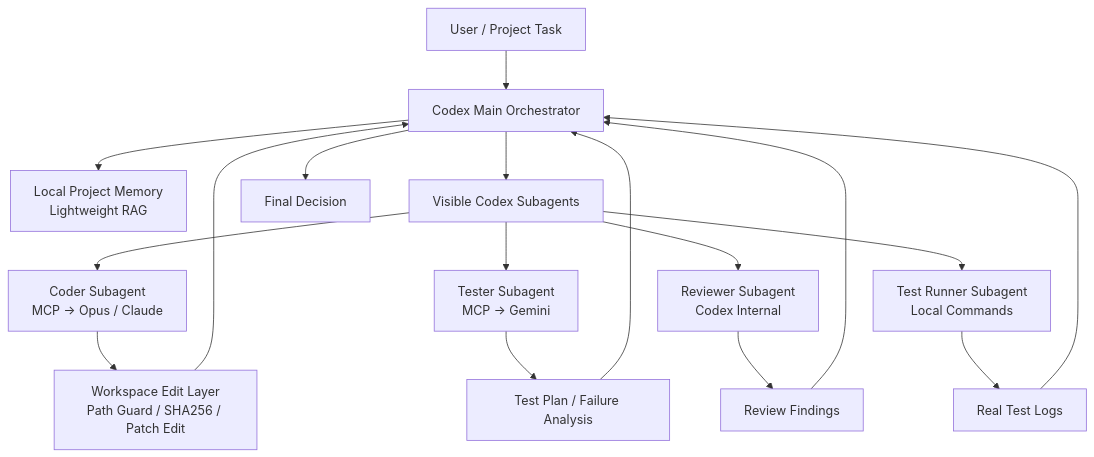
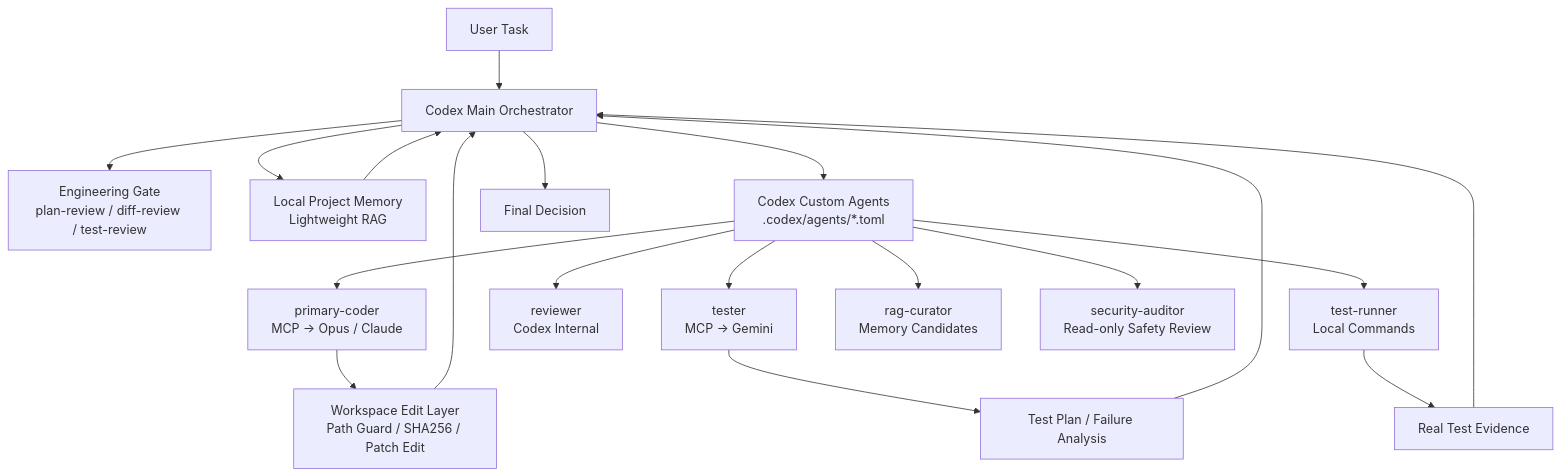
Before and after one commit to su94-X/AI-Agent-Swarm: the diagram in README.md, drawn with Mermaid. The commit also changed other lines of this file and 3 other files, not shown here.

````diff
--- a/README.md
+++ b/README.md
@@ -52,19 +55,21 @@
 ```mermaid
 flowchart TD
-  U["User / Project Task"] --> C["Codex Main Orchestrator"]
+  U["User Task"] --> C["Codex Main Orchestrator"]
+  C --> G["Engineering Gate<br/>plan-review / diff-review / test-review"]
   C --> R["Local Project Memory<br/>Lightweight RAG"]
-  C --> S["Visible Codex Subagents"]
-  S --> CO["Coder Subagent<br/>MCP -> Opus / Claude"]
-  S --> TE["Tester Subagent<br/>MCP -> Gemini"]
-  S --> RV["Reviewer Subagent<br/>Codex Internal"]
-  S --> TR["Test Runner Subagent<br/>Local Commands"]
-  CO --> W["Workspace Edit Layer<br/>Path Guard / SHA256 / Patch Edit"]
-  TE --> P["Test Plan / Failure Analysis"]
-  RV --> F["Review Findings"]
-  TR --> L["Real Test Logs"]
+  C --> A["Codex Custom Agents<br/>.codex/agents/*.toml"]
+  A --> PC["primary-coder<br/>MCP -> Opus / Claude"]
+  A --> TE["tester<br/>MCP -> Gemini"]
+  A --> RV["reviewer<br/>Codex Internal"]
+  A --> TR["test-runner<br/>Local Commands"]
+  A --> RC["rag-curator<br/>Memory Candidates"]
+  A --> SA["security-auditor<br/>Read-only Safety Review"]
+  PC --> W["Workspace Edit Layer<br/>Path Guard / SHA256 / Patch Edit"]
+  TE --> TP["Test Plan / Failure Analysis"]
+  TR --> TL["Real Test Evidence"]
   W --> C
-  P --> C
-  F --> C
-  L --> C
+  TP --> C
+  TL --> C
+  R --> C
   C --> D["Final Decision"]
 ```
````
